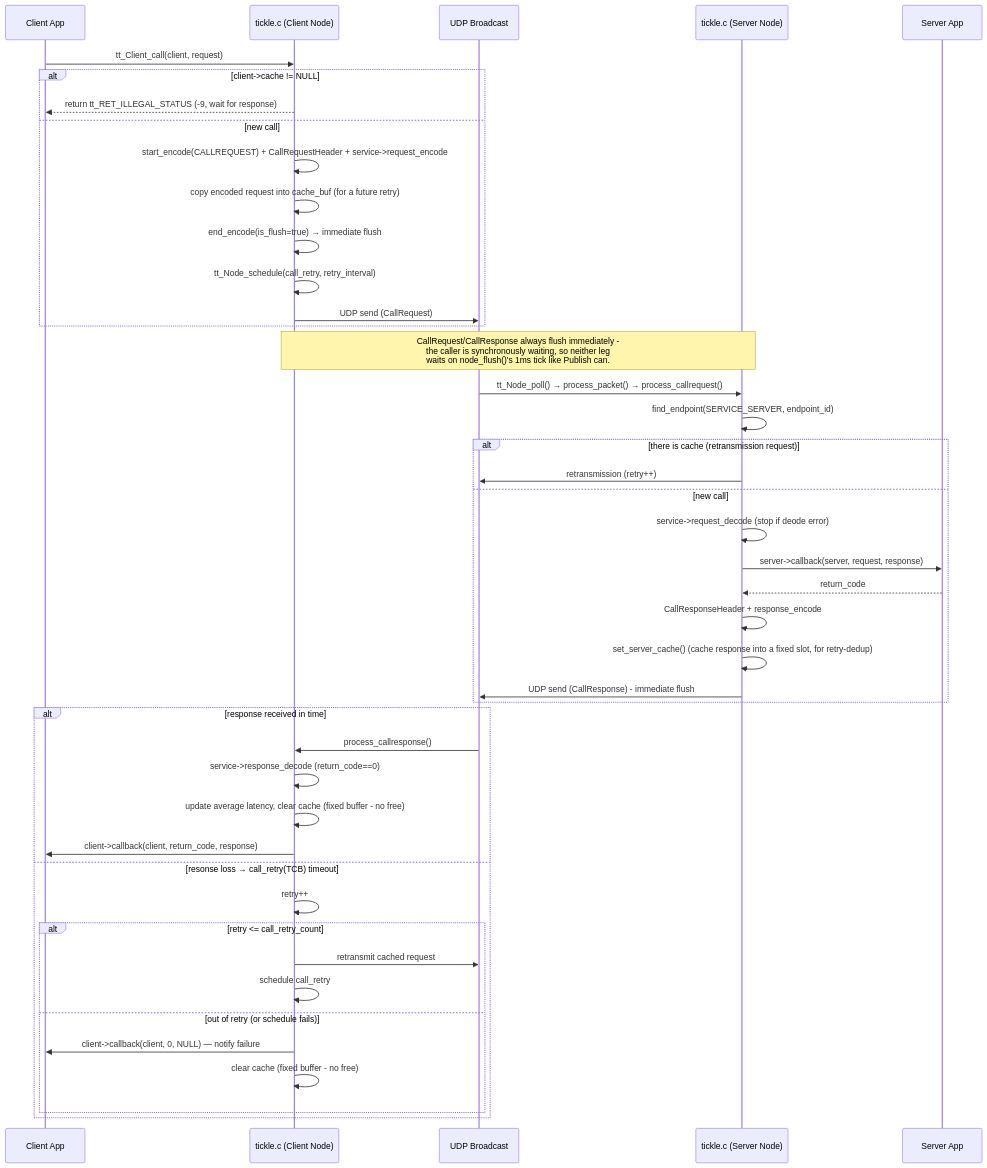
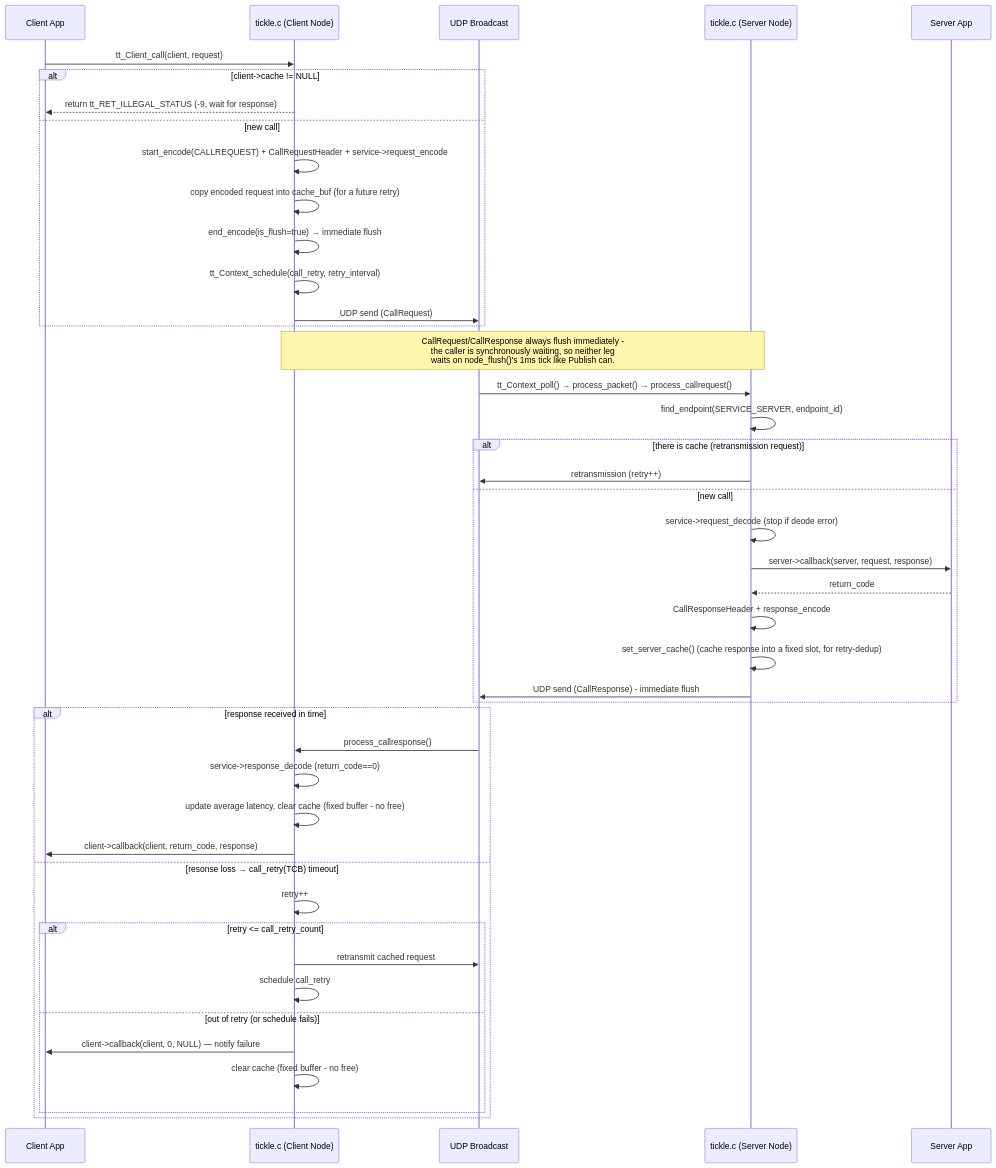
Before and after one commit to tsnlab/tickle: the fourth of 4 diagrams in DESIGN.md, drawn with Mermaid. The commit also changed other lines of this file and 123 other files, not shown here.

````diff
--- a/DESIGN.md
+++ b/DESIGN.md
@@ -240,49 +240,49 @@
 ```mermaid
 sequenceDiagram
     participant ClientApp as Client App
     participant ClientTickle as tickle.c (Client Node)
     participant Net as UDP Broadcast
     participant ServerTickle as tickle.c (Server Node)
     participant ServerApp as Server App
 
     ClientApp->>ClientTickle: tt_Client_call(client, request)
     alt client->cache != NULL
         ClientTickle-->>ClientApp: return tt_RET_ILLEGAL_STATUS (-9, wait for response)
     else new call
         ClientTickle->>ClientTickle: start_encode(CALLREQUEST) + CallRequestHeader + service->request_encode
         ClientTickle->>ClientTickle: copy encoded request into cache_buf (for a future retry)
         ClientTickle->>ClientTickle: end_encode(is_flush=true) → immediate flush
-        ClientTickle->>ClientTickle: tt_Node_schedule(call_retry, retry_interval)
+        ClientTickle->>ClientTickle: tt_Context_schedule(call_retry, retry_interval)
         ClientTickle->>Net: UDP send (CallRequest)
     end
     Note over ClientTickle,ServerTickle: CallRequest/CallResponse always flush immediately -<br/>the caller is synchronously waiting, so neither leg<br/>waits on node_flush()'s 1ms tick like Publish can.
 
-    Net->>ServerTickle: tt_Node_poll() → process_packet() → process_callrequest()
+    Net->>ServerTickle: tt_Context_poll() → process_packet() → process_callrequest()
     ServerTickle->>ServerTickle: find_endpoint(SERVICE_SERVER, endpoint_id)
     alt there is cache (retransmission request)
         ServerTickle->>Net: retransmission (retry++)
     else new call
         ServerTickle->>ServerTickle: service->request_decode (stop if deode error)
         ServerTickle->>ServerApp: server->callback(server, request, response)
         ServerApp-->>ServerTickle: return_code
         ServerTickle->>ServerTickle: CallResponseHeader + response_encode
         ServerTickle->>ServerTickle: set_server_cache() (cache response into a fixed slot, for retry-dedup)
         ServerTickle->>Net: UDP send (CallResponse) - immediate flush
     end
 
     alt response received in time
         Net->>ClientTickle: process_callresponse()
         ClientTickle->>ClientTickle: service->response_decode (return_code==0)
         ClientTickle->>ClientTickle: update average latency, clear cache (fixed buffer - no free)
         ClientTickle->>ClientApp: client->callback(client, return_code, response)
     else resonse loss → call_retry(TCB) timeout
         ClientTickle->>ClientTickle: retry++ 
         alt retry <= call_retry_count
             ClientTickle->>Net: retransmit cached request
             ClientTickle->>ClientTickle: schedule call_retry
         else out of retry (or schedule fails)
             ClientTickle->>ClientApp: client->callback(client, 0, NULL) — notify failure
             ClientTickle->>ClientTickle: clear cache (fixed buffer - no free)
         end
     end
 ```
````
